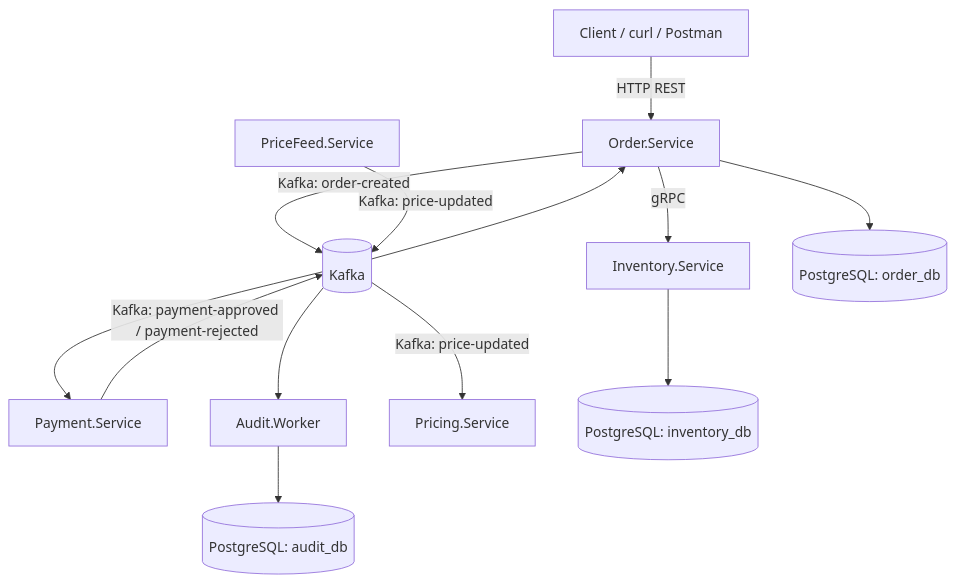
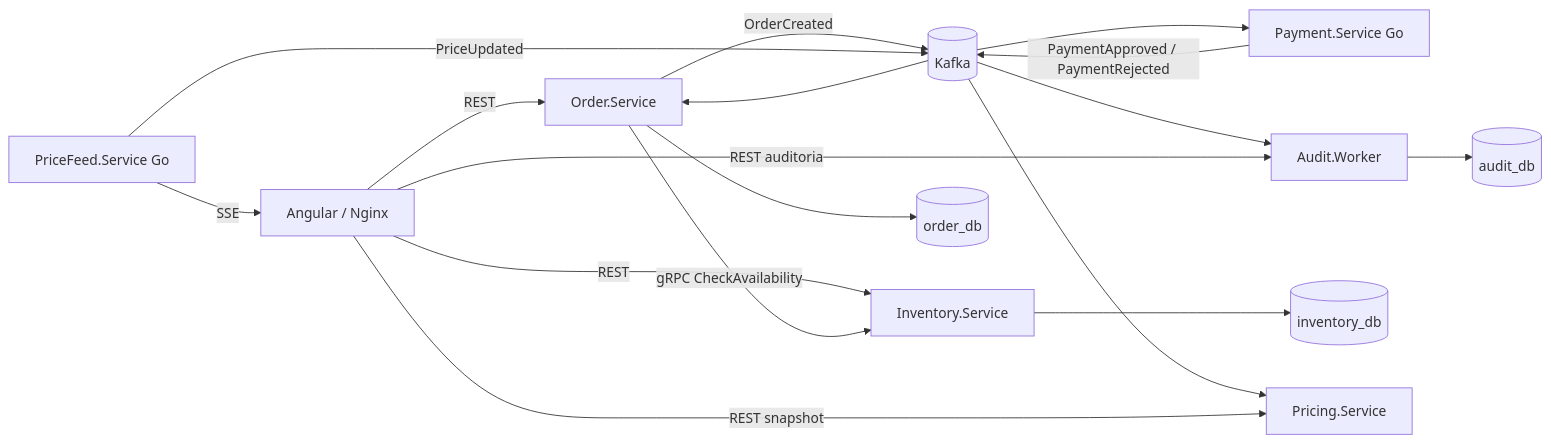
Before and after one commit to DiegoRLDev/microservices-lab: the diagram in README.md, drawn with Mermaid. The commit also changed other lines of this file and 10 other files, not shown here.

````diff
--- a/README.md
+++ b/README.md
@@ -11,18 +9,19 @@
 ```mermaid
-flowchart TD
-    Client[Client / curl / Postman]
-
-    Client -->|HTTP REST| Order[Order.Service]
-    Order -->|gRPC| Inventory[Inventory.Service]
-    Order -->|Kafka: order-created| Kafka[(Kafka)]
-    Kafka --> Payment[Payment.Service]
-    Payment -->|Kafka: payment-approved / payment-rejected| Kafka
+flowchart LR
+    UI[Angular / Nginx] -->|REST| Order[Order.Service]
+    UI -->|REST| Inventory[Inventory.Service]
+    Order -->|gRPC CheckAvailability| Inventory
+    Order -->|OrderCreated| Kafka[(Kafka)]
+    Kafka --> Payment[Payment.Service Go]
+    Payment -->|PaymentApproved / PaymentRejected| Kafka
     Kafka --> Order
     Kafka --> Audit[Audit.Worker]
-    Kafka -->|Kafka: price-updated| Pricing[Pricing.Service]
-    PriceFeed[PriceFeed.Service] -->|Kafka: price-updated| Kafka
-
-    Order --> OrderDb[(PostgreSQL: order_db)]
-    Inventory --> InventoryDb[(PostgreSQL: inventory_db)]
-    Audit --> AuditDb[(PostgreSQL: audit_db)]
+    Order --> OrdersDb[(order_db)]
+    Inventory --> InventoryDb[(inventory_db)]
+    Audit --> AuditDb[(audit_db)]
+    UI -->|REST auditoria| Audit
+    Feed[PriceFeed.Service Go] -->|PriceUpdated| Kafka
+    Kafka --> Pricing[Pricing.Service]
+    Feed -->|SSE| UI
+    UI -->|REST snapshot| Pricing
 ```
````
